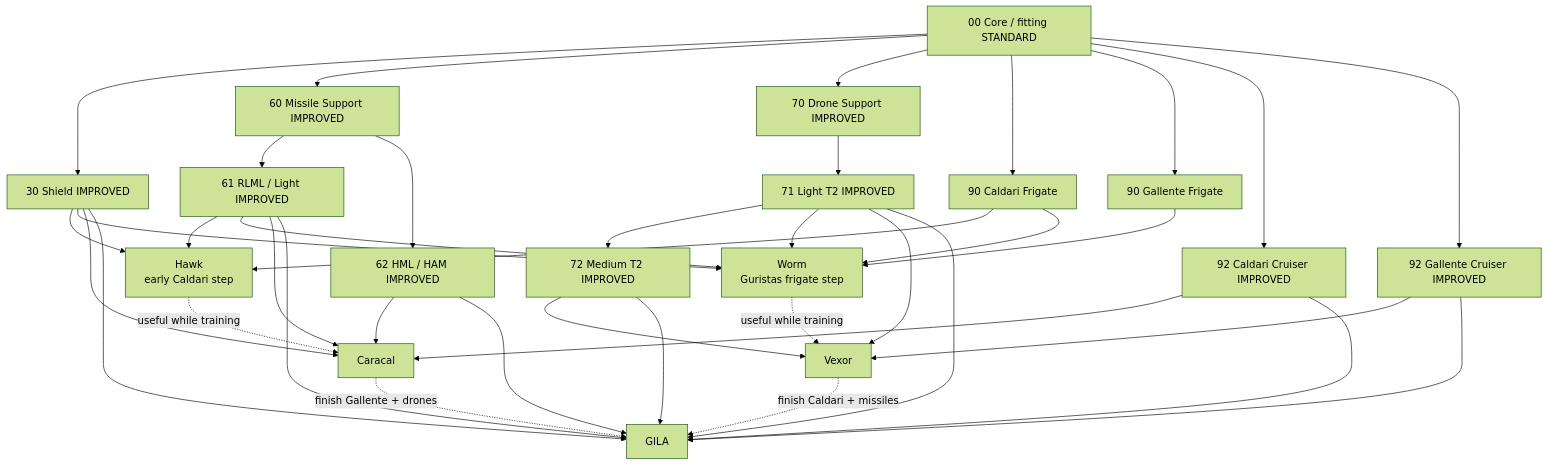
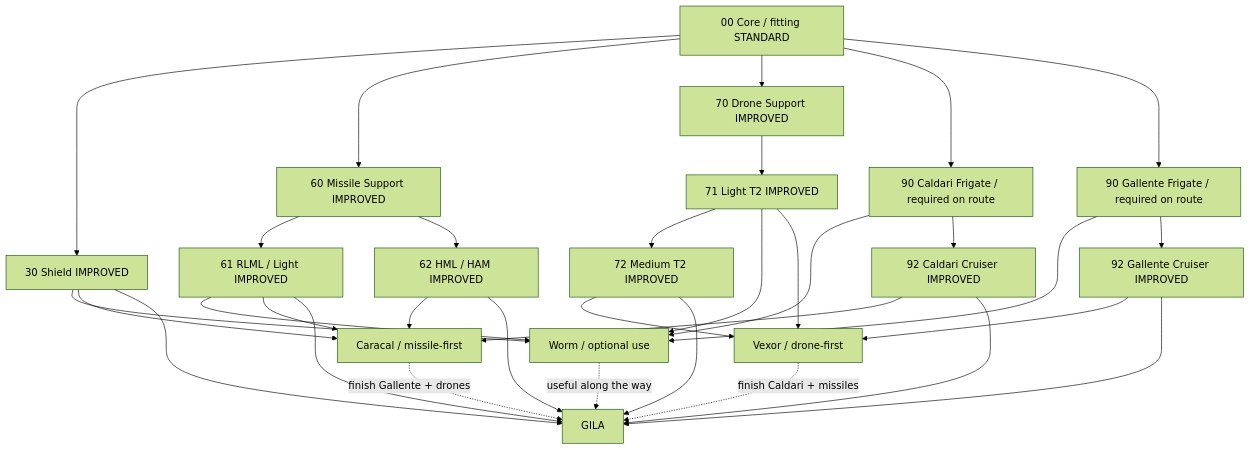
One commit to Blizbor/EvE-Modular-Skillplans changed the diagram in training-paths/gila/DIAGRAM-EN.md. Above: the diagram before and after it, drawn with Mermaid (forest theme). The commit also changed 4 other files, not shown here.

````diff
--- a/training-paths/gila/DIAGRAM-EN.md
+++ b/training-paths/gila/DIAGRAM-EN.md
@@ -5,49 +5,41 @@
 ```mermaid
 flowchart TD
     A[00 Core / fitting STANDARD] --> B[30 Shield IMPROVED]
     A --> M[60 Missile Support IMPROVED]
     M --> M1[61 RLML / Light IMPROVED]
     M --> M2[62 HML / HAM IMPROVED]
 
     A --> D[70 Drone Support IMPROVED]
     D --> D1[71 Light T2 IMPROVED]
     D1 --> D2[72 Medium T2 IMPROVED]
 
-    A --> CF[90 Caldari Frigate]
-    A --> GF[90 Gallente Frigate]
-    CF --> HAWK[Hawk
-early Caldari step]
-    B --> HAWK
-    M1 --> HAWK
-
-    CF --> W[Worm
-Guristas frigate step]
+    A --> CF[90 Caldari Frigate / required on route]
+    A --> GF[90 Gallente Frigate / required on route]
+    CF --> W[Worm / optional use]
     GF --> W
     D1 --> W
     B --> W
     M1 --> W
 
-    A --> C[92 Caldari Cruiser IMPROVED]
-    C --> CAR[Caracal]
+    CF --> C[92 Caldari Cruiser IMPROVED]
+    C --> CAR[Caracal / missile-first]
     B --> CAR
     M1 --> CAR
     M2 --> CAR
 
-    A --> G[92 Gallente Cruiser IMPROVED]
-    G --> VEX[Vexor]
+    GF --> G[92 Gallente Cruiser IMPROVED]
+    G --> VEX[Vexor / drone-first]
     D1 --> VEX
     D2 --> VEX
 
     B --> X[GILA]
     M1 --> X
     M2 --> X
-    D1 --> X
     D2 --> X
     C --> X
     G --> X
 
-    HAWK -. useful while training .-> CAR
-    W -. useful while training .-> VEX
+    W -. useful along the way .-> X
     CAR -. finish Gallente + drones .-> X
     VEX -. finish Caldari + missiles .-> X
 ```
````
